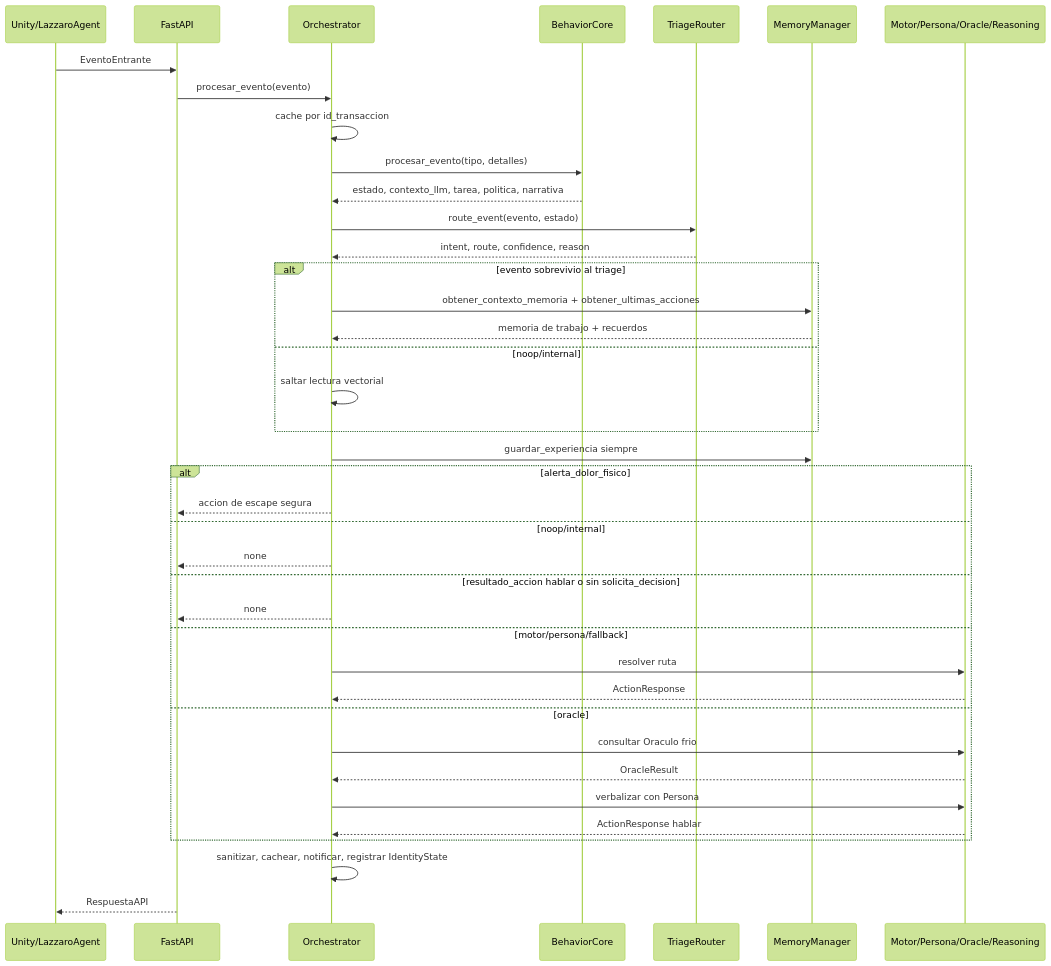
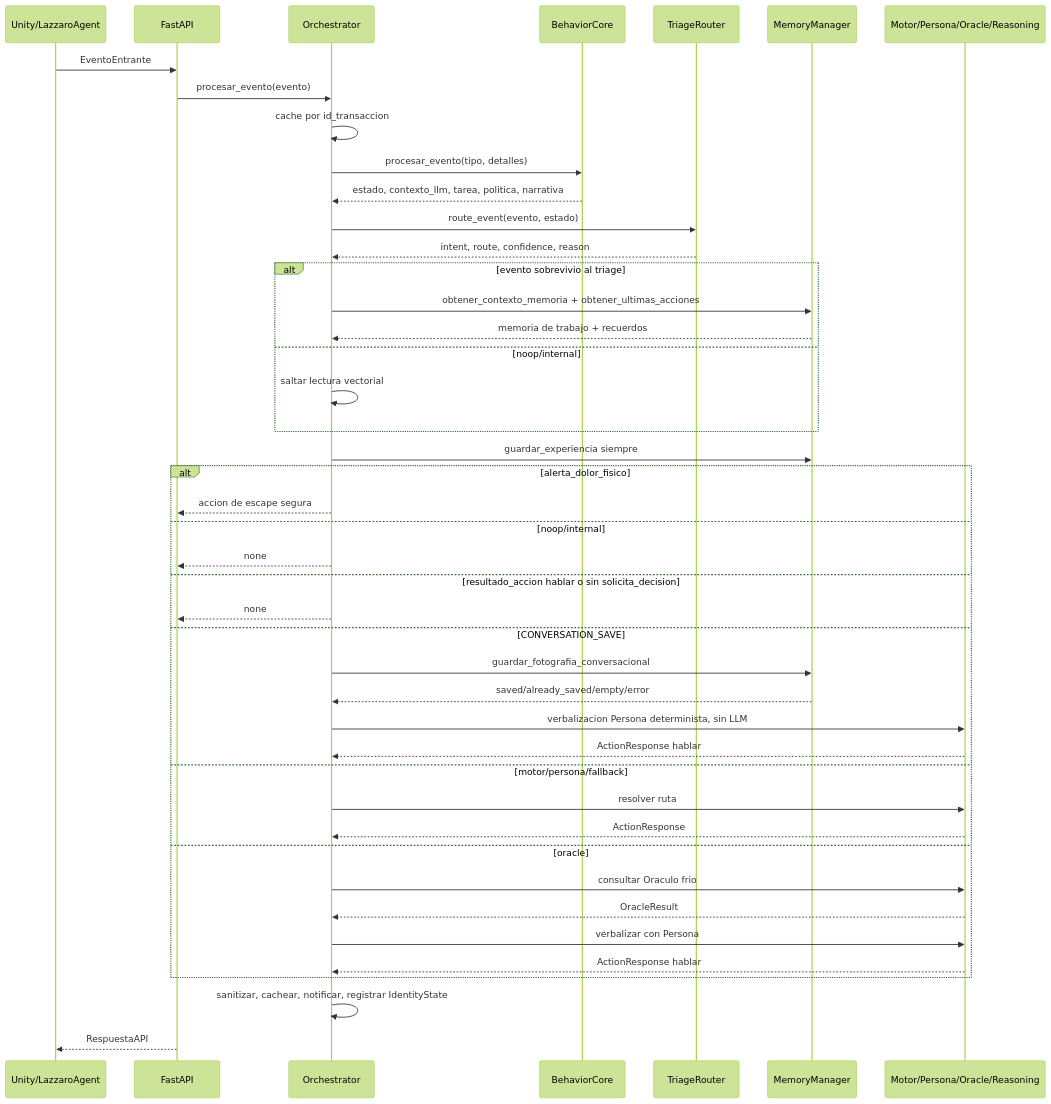
One commit to Genrex-code/Lazzaro changed the second of 5 diagrams in docs/arquitectura_completa_lazzaro.md. Above: the diagram before and after it, drawn with Mermaid (forest theme). The commit also changed other lines of this file and 29 other files, not shown here.

````diff
--- a/docs/arquitectura_completa_lazzaro.md
+++ b/docs/arquitectura_completa_lazzaro.md
@@ -79,42 +91,47 @@
 ```mermaid
 sequenceDiagram
     participant Unity as Unity/LazzaroAgent
     participant API as FastAPI
     participant Orch as Orchestrator
     participant Core as BehaviorCore
     participant Triage as TriageRouter
     participant Mem as MemoryManager
     participant Layer as Motor/Persona/Oracle/Reasoning
 
     Unity->>API: EventoEntrante
     API->>Orch: procesar_evento(evento)
     Orch->>Orch: cache por id_transaccion
     Orch->>Core: procesar_evento(tipo, detalles)
     Core-->>Orch: estado, contexto_llm, tarea, politica, narrativa
     Orch->>Triage: route_event(evento, estado)
     Triage-->>Orch: intent, route, confidence, reason
     alt evento sobrevivio al triage
         Orch->>Mem: obtener_contexto_memoria + obtener_ultimas_acciones
         Mem-->>Orch: memoria de trabajo + recuerdos
     else noop/internal
         Orch->>Orch: saltar lectura vectorial
     end
     Orch->>Mem: guardar_experiencia siempre
     alt alerta_dolor_fisico
         Orch-->>API: accion de escape segura
     else noop/internal
         Orch-->>API: none
     else resultado_accion hablar o sin solicita_decision
         Orch-->>API: none
+    else CONVERSATION_SAVE
+        Orch->>Mem: guardar_fotografia_conversacional
+        Mem-->>Orch: saved/already_saved/empty/error
+        Orch->>Layer: verbalizacion Persona determinista, sin LLM
+        Layer-->>Orch: ActionResponse hablar
     else motor/persona/fallback
         Orch->>Layer: resolver ruta
         Layer-->>Orch: ActionResponse
     else oracle
         Orch->>Layer: consultar Oraculo frio
         Layer-->>Orch: OracleResult
         Orch->>Layer: verbalizar con Persona
         Layer-->>Orch: ActionResponse hablar
     end
     Orch->>Orch: sanitizar, cachear, notificar, registrar IdentityState
     API-->>Unity: RespuestaAPI
 ```
````
